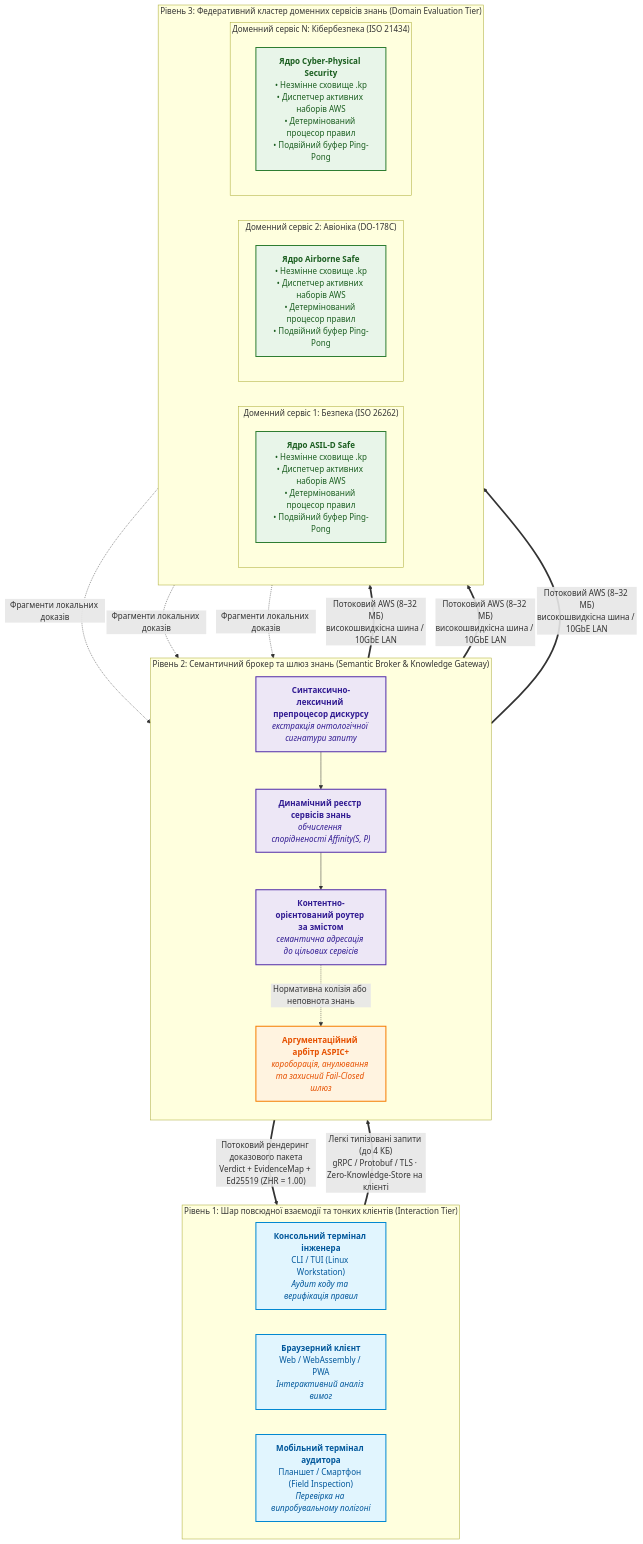
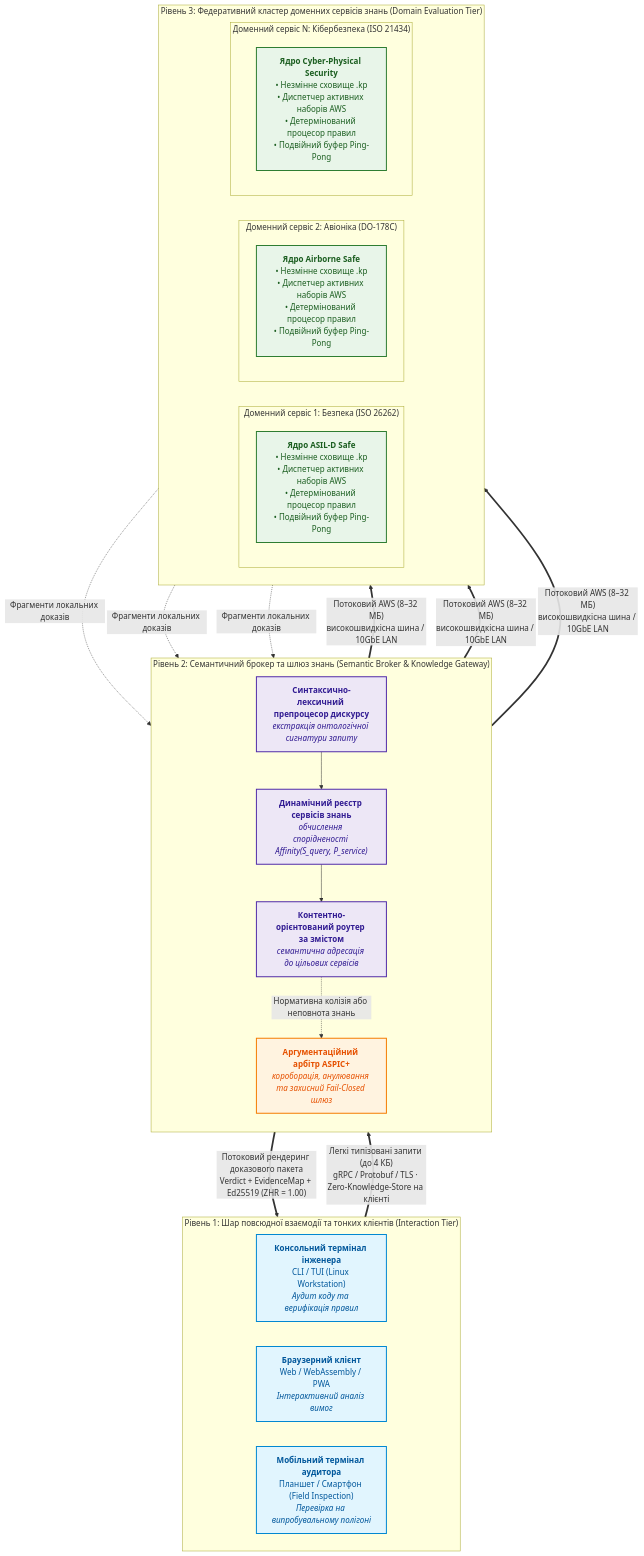
Before and after one commit to nick-fedchik/articles: the first of 4 diagrams in ExpertSystem/ch40-distributed-epistemic-architectures-soa-and-cluster-scaling.md, drawn with Mermaid. The commit also changed other lines of this file, not shown here.

Commit message:
docs(ch40): unify affinity formula notation and parameter definitions

````diff
--- a/ExpertSystem/ch40-distributed-epistemic-architectures-soa-and-cluster-scaling.md
+++ b/ExpertSystem/ch40-distributed-epistemic-architectures-soa-and-cluster-scaling.md
@@ -35,57 +35,57 @@
 ```mermaid
 flowchart TD
     accTitle: Референсний архітектурний прототип розподіленої експертної системи
     accDescr: Триланкова архітектура Epistemic SOA із тонким клієнтом, семантичним брокером та федеративним кластером доменних сервісів знань.
 
     subgraph TIER1["Рівень 1: Шар повсюдної взаємодії та тонких клієнтів (Interaction Tier)"]
         direction LR
         CLI["<b>Консольний термінал інженера</b><br>CLI / TUI (Linux Workstation)<br><i>Аудит коду та верифікація правил</i>"]
         WEB["<b>Браузерний клієнт</b><br>Web / WebAssembly / PWA<br><i>Інтерактивний аналіз вимог</i>"]
         MOB["<b>Мобільний термінал аудитора</b><br>Планшет / Смартфон (Field Inspection)<br><i>Перевірка на випробувальному полігоні</i>"]
     end
 
     subgraph TIER2["Рівень 2: Семантичний брокер та шлюз знань (Semantic Broker & Knowledge Gateway)"]
         direction TB
         DISPATCHER["<b>Синтаксично-лексичний препроцесор дискурсу</b><br><i>екстракція онтологічної сигнатури запиту</i>"]
-        REGISTRY["<b>Динамічний реєстр сервісів знань</b><br><i>обчислення спорідненості Affinity(S, P)</i>"]
+        REGISTRY["<b>Динамічний реєстр сервісів знань</b><br><i>обчислення спорідненості Affinity(S_query, P_service)</i>"]
         ROUTER["<b>Контентно-орієнтований роутер за змістом</b><br><i>семантична адресація до цільових сервісів</i>"]
         ARBITER["<b>Аргументаційний арбітр ASPIC+</b><br><i>короборація, анулювання та захисний Fail-Closed шлюз</i>"]
         
         DISPATCHER --> REGISTRY --> ROUTER
         ROUTER -.->|Нормативна колізія або неповнота знань| ARBITER
     end
 
     subgraph TIER3["Рівень 3: Федеративний кластер доменних сервісів знань (Domain Evaluation Tier)"]
         direction LR
         subgraph DS1["Доменний сервіс 1: Безпека (ISO 26262)"]
             DS1_CORE["<b>Ядро ASIL-D Safe</b><br>• Незмінне сховище .kp<br>• Диспетчер активних наборів AWS<br>• Детермінований процесор правил<br>• Подвійний буфер Ping-Pong"]
         end
         subgraph DS2["Доменний сервіс 2: Авіоніка (DO-178C)"]
             DS2_CORE["<b>Ядро Airborne Safe</b><br>• Незмінне сховище .kp<br>• Диспетчер активних наборів AWS<br>• Детермінований процесор правил<br>• Подвійний буфер Ping-Pong"]
         end
         subgraph DSN["Доменний сервіс N: Кібербезпека (ISO 21434)"]
             DSN_CORE["<b>Ядро Cyber-Physical Security</b><br>• Незмінне сховище .kp<br>• Диспетчер активних наборів AWS<br>• Детермінований процесор правил<br>• Подвійний буфер Ping-Pong"]
         end
     end
 
     TIER1 ==>|"Легкі типізовані запити (до 4 КБ)<br>gRPC / Protobuf / TLS · Zero-Knowledge-Store на клієнті"| TIER2
     TIER2 ==>|"Потоковий рендеринг доказового пакета<br>Verdict + EvidenceMap + Ed25519 (ZHR = 1.00)"| TIER1
 
     ROUTER ==>|"Потоковий AWS (8–32 МБ)<br>високошвидкісна шина / 10GbE LAN"| DS1
     ROUTER ==>|"Потоковий AWS (8–32 МБ)<br>високошвидкісна шина / 10GbE LAN"| DS2
     ROUTER ==>|"Потоковий AWS (8–32 МБ)<br>високошвидкісна шина / 10GbE LAN"| DSN
 
     DS1 -.->|"Фрагменти локальних доказів"| ARBITER
     DS2 -.->|"Фрагменти локальних доказів"| ARBITER
     DSN -.->|"Фрагменти локальних доказів"| ARBITER
 
     classDef client fill:#e1f5fe,stroke:#0288d1,stroke-width:2px,color:#01579b;
     classDef broker fill:#ede7f6,stroke:#512da8,stroke-width:2px,color:#311b92;
     classDef domain fill:#e8f5e9,stroke:#2e7d32,stroke-width:2px,color:#1b5e20;
     classDef arbiter fill:#fff3e0,stroke:#f57c00,stroke-width:2px,color:#e65100;
 
     class CLI,WEB,MOB client;
     class DISPATCHER,REGISTRY,ROUTER broker;
     class DS1_CORE,DS2_CORE,DSN_CORE domain;
     class ARBITER arbiter;
 ```
````
